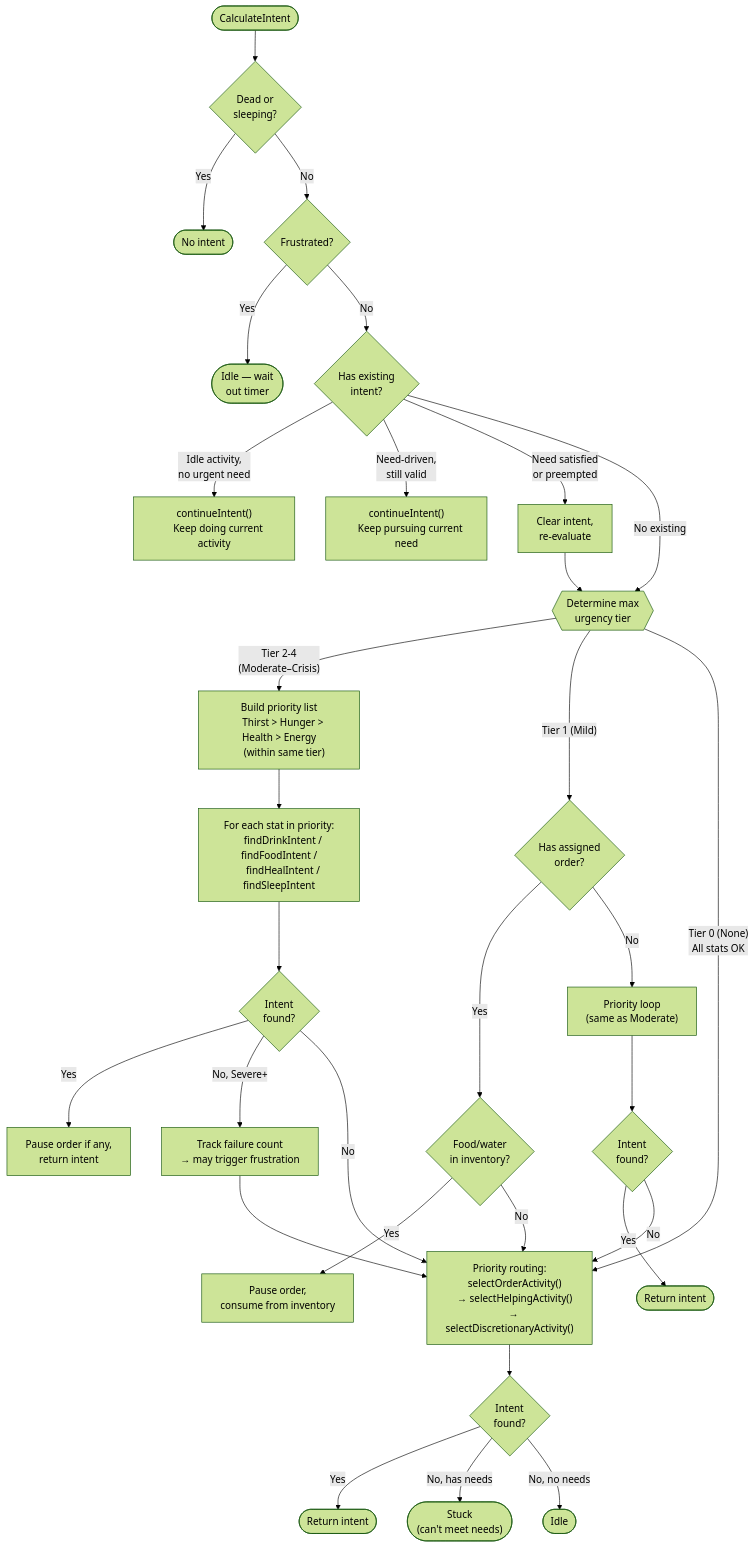
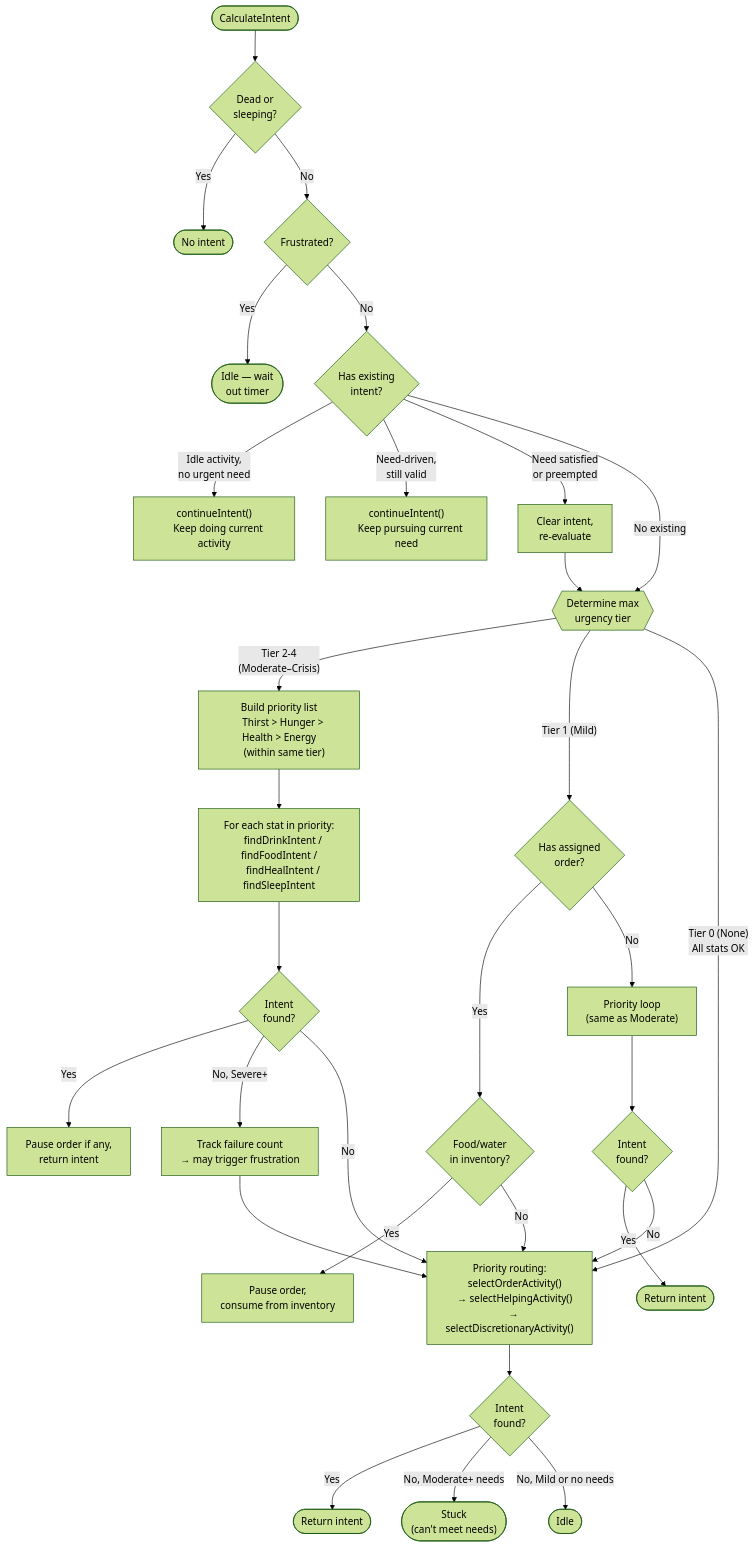
One commit to suzbot/petri changed the fifth of 10 diagrams in docs/flow-diagrams.md. Above: the diagram before and after it, drawn with Mermaid (forest theme). The commit also changed 4 other files, not shown here.

````diff
--- a/docs/flow-diagrams.md
+++ b/docs/flow-diagrams.md
@@ -374,56 +374,56 @@
 ```mermaid
 flowchart TD
     start([CalculateIntent])
     start --> dead{Dead or<br/>sleeping?}
     dead -->|Yes| none1([No intent])
     dead -->|No| frust{Frustrated?}
     frust -->|Yes| none2([Idle — wait<br/>out timer])
     frust -->|No| existing{Has existing<br/>intent?}
 
     existing -->|Idle activity,<br/>no urgent need| cont1["continueIntent()
     Keep doing current activity"]
     existing -->|Need-driven,<br/>still valid| cont2["continueIntent()
     Keep pursuing current need"]
     existing -->|Need satisfied<br/>or preempted| clear[Clear intent,<br/>re-evaluate]
 
     clear --> tier
     existing -->|No existing| tier
 
     tier{{"Determine max<br/>urgency tier"}}
 
     tier -->|"Tier 2-4<br/>(Moderate–Crisis)"| priority["Build priority list
     Thirst > Hunger > Health > Energy
     (within same tier)"]
     priority --> trystat["For each stat in priority:
     findDrinkIntent / findFoodIntent /
     findHealIntent / findSleepIntent"]
     trystat --> found{Intent<br/>found?}
     found -->|Yes| pauseorder["Pause order if any,
     return intent"]
     found -->|No, Severe+| frustcheck["Track failure count
     → may trigger frustration"]
     found -->|No| routing
 
     tier -->|"Tier 1 (Mild)"| mild{Has assigned<br/>order?}
     mild -->|Yes| invcheck{Food/water<br/>in inventory?}
     invcheck -->|Yes| pause1["Pause order,<br/>consume from inventory"]
     invcheck -->|No| routing
     mild -->|No| mildloop["Priority loop
     (same as Moderate)"]
     mildloop --> mildresult{Intent<br/>found?}
     mildresult -->|Yes| ret1([Return intent])
     mildresult -->|No| routing
 
     tier -->|"Tier 0 (None)<br/>All stats OK"| routing
 
     frustcheck --> routing
     routing["Priority routing:
     selectOrderActivity()
     → selectHelpingActivity()
     → selectDiscretionaryActivity()"]
     routing --> routeresult{Intent<br/>found?}
     routeresult -->|Yes| ret2([Return intent])
-    routeresult -->|No, has needs| stuck(["Stuck
+    routeresult -->|"No, Moderate+ needs"| stuck(["Stuck
     (can't meet needs)"])
-    routeresult -->|No, no needs| idle([Idle])
+    routeresult -->|"No, Mild or no needs"| idle([Idle])
 ```
````
